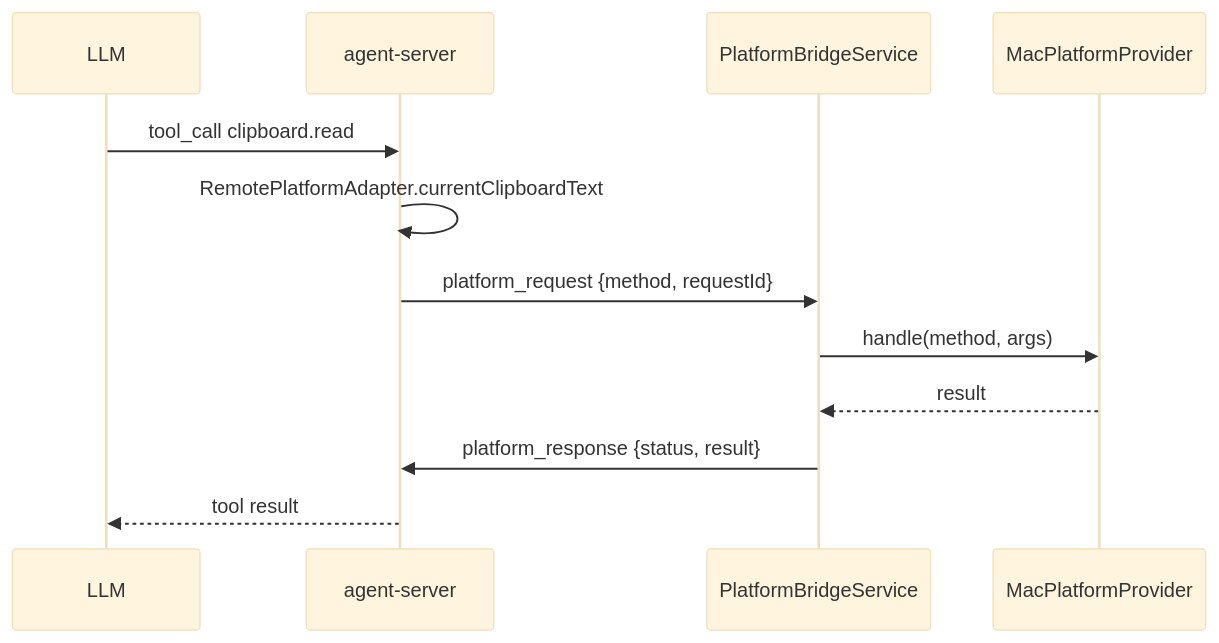
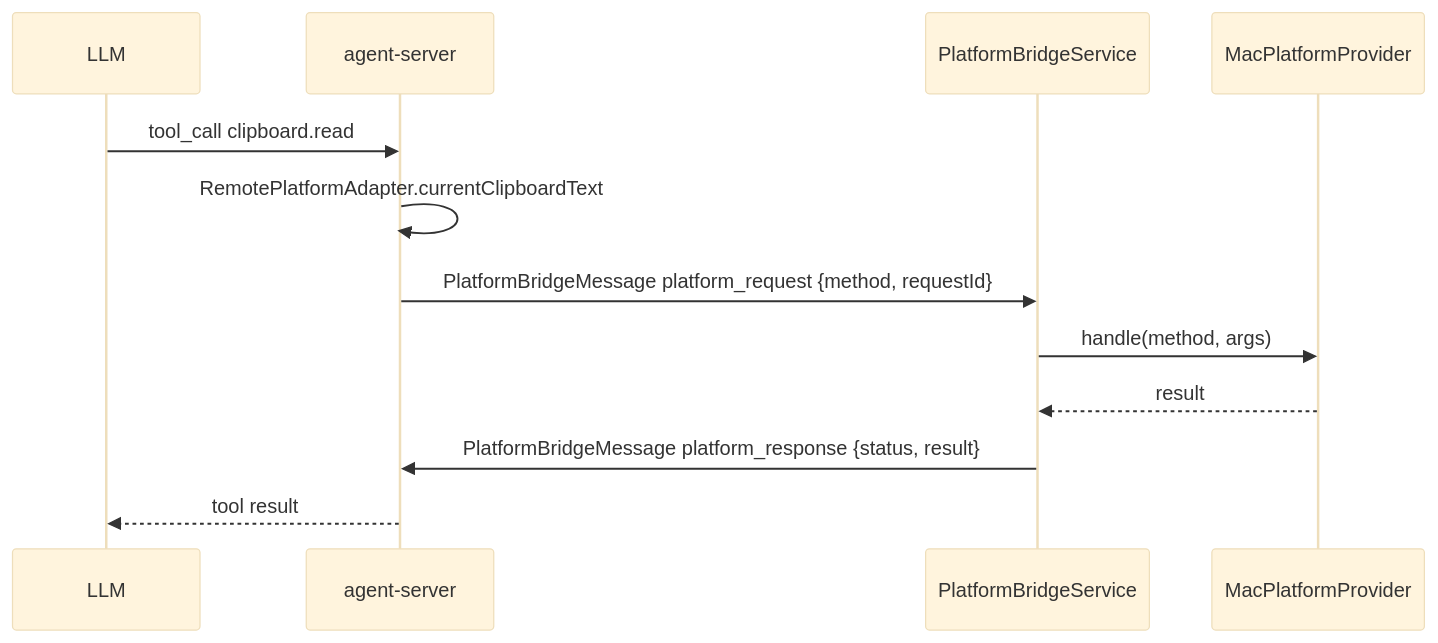
The diagram in apps/desktop/Sources/AppServices/PlatformBridge/platform-bridge.md (Lixuhang987/SpotAgent), drawn with Mermaid (base theme) before and after one commit. The commit also changed other lines of this file and 18 other files, not shown here.

Commit message:
refactor: split platform bridge protocol

````diff
--- a/apps/desktop/Sources/AppServices/PlatformBridge/platform-bridge.md
+++ b/apps/desktop/Sources/AppServices/PlatformBridge/platform-bridge.md
@@ -14,15 +14,15 @@
 ```mermaid
 sequenceDiagram
   participant LLM
   participant Server as agent-server
   participant Bridge as PlatformBridgeService
   participant Mac as MacPlatformProvider
 
   LLM->>Server: tool_call clipboard.read
   Server->>Server: RemotePlatformAdapter.currentClipboardText
-  Server->>Bridge: platform_request {method, requestId}
+  Server->>Bridge: PlatformBridgeMessage platform_request {method, requestId}
   Bridge->>Mac: handle(method, args)
   Mac-->>Bridge: result
-  Bridge->>Server: platform_response {status, result}
+  Bridge->>Server: PlatformBridgeMessage platform_response {status, result}
   Server-->>LLM: tool result
 ```
````
